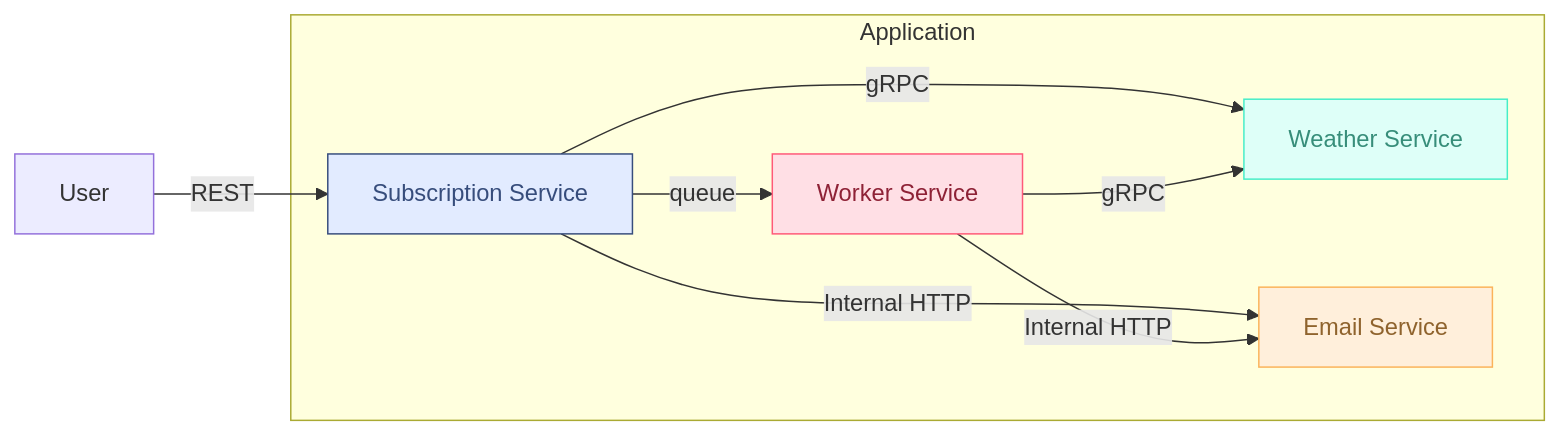
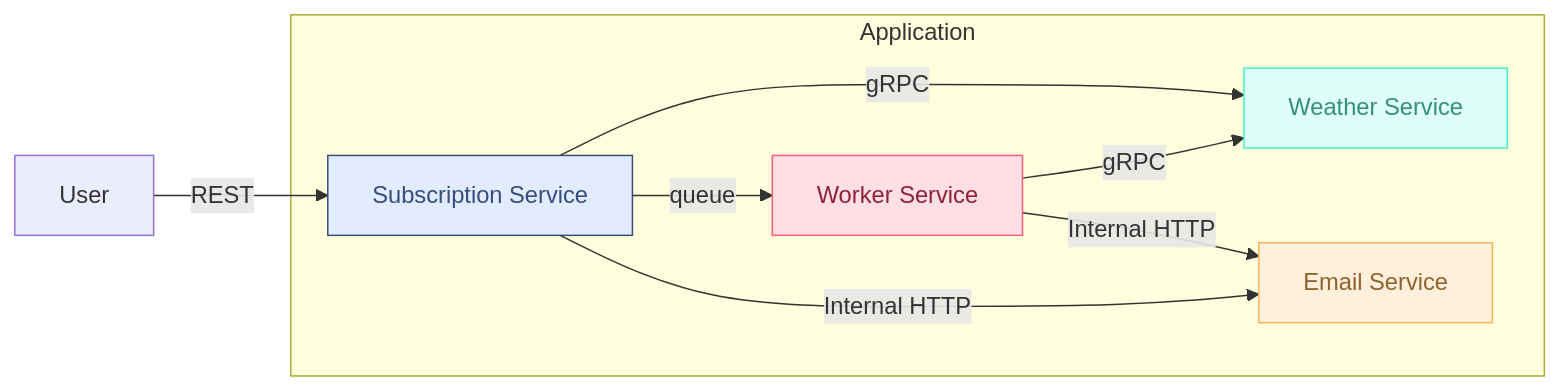
The second of 2 diagrams in docs/rfc/rfc-001.md (GenesisEducationKyiv/software-engineering-school-5-0-mykyyta), drawn with Mermaid before and after one commit.

````diff
--- a/docs/rfc/rfc-001.md
+++ b/docs/rfc/rfc-001.md
@@ -176,22 +176,23 @@
 ```mermaid
 flowchart LR
     USER[User] -->|REST| SUB[Subscription Service]:::Sky
 
     subgraph Application
         SUB
         WTH[Weather Service]:::Aqua
         EM[Email Service]:::Peach
         WRK[Worker Service]:::Rose
 
         SUB -->|gRPC| WTH
+        WRK -->|Internal HTTP| EM
         SUB -->|Internal HTTP| EM
         SUB --> |queue| WRK
         WRK -->|gRPC| WTH
-        WRK -->|Internal HTTP| EM
+        
     end
 
     classDef Peach stroke-width:1px,stroke-dasharray:none,stroke:#FBB35A,fill:#FFEFDB,color:#8F632D;
     classDef Aqua  stroke-width:1px,stroke-dasharray:none,stroke:#46EDC8,fill:#DEFFF8,color:#378E7A;
     classDef Sky   stroke-width:1px,stroke-dasharray:none,stroke:#374D7C,fill:#E2EBFF,color:#374D7C;
     classDef Rose  stroke-width:1px,stroke-dasharray:none,stroke:#FF5978,fill:#FFDFE5,color:#8E2236;
 ```
````
